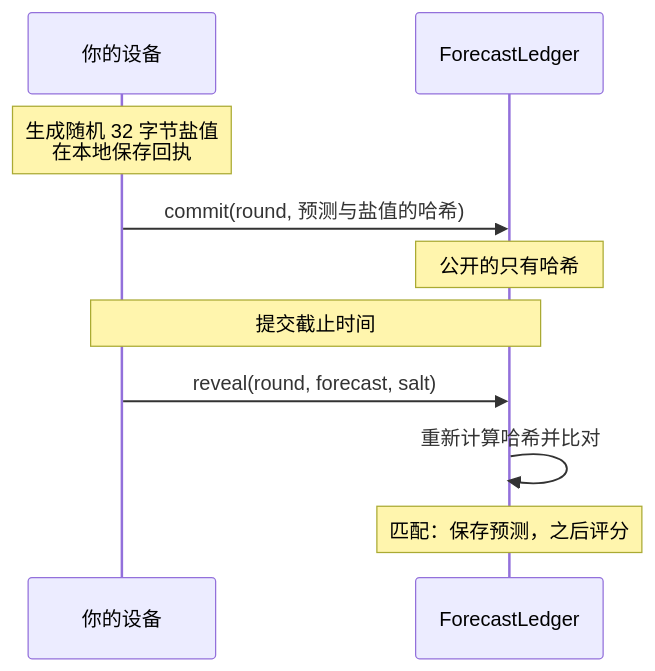
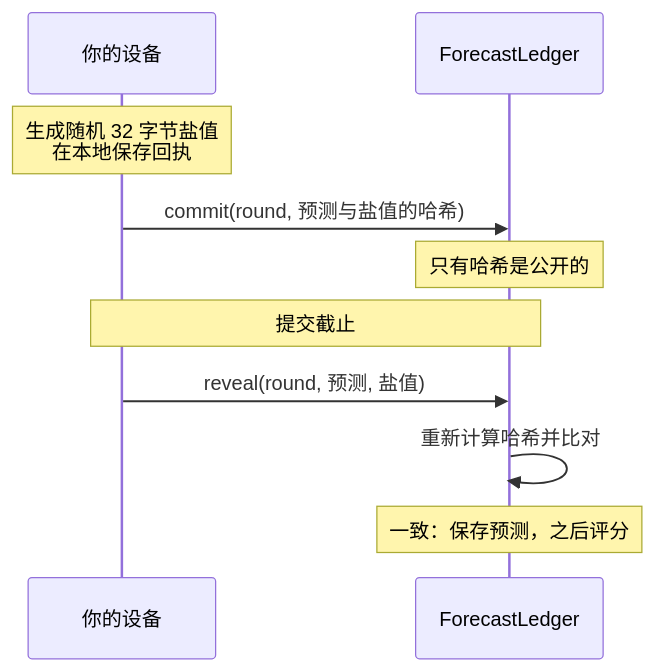
The diagram in gitbook/zh/how_it_works/commit_and_reveal.md (owaisahmad870/forewit), drawn with Mermaid before and after one commit. The commit also changed other lines of this file and 52 other files, not shown here.

````diff
--- a/gitbook/zh/how_it_works/commit_and_reveal.md
+++ b/gitbook/zh/how_it_works/commit_and_reveal.md
@@ -19,12 +15,12 @@
 ```mermaid
 sequenceDiagram
     participant D as 你的设备
     participant L as ForecastLedger
     Note over D: 生成随机 32 字节盐值<br/>在本地保存回执
     D->>L: commit(round, 预测与盐值的哈希)
-    Note over L: 公开的只有哈希
-    Note over D,L: 提交截止时间
-    D->>L: reveal(round, forecast, salt)
+    Note over L: 只有哈希是公开的
+    Note over D,L: 提交截止
+    D->>L: reveal(round, 预测, 盐值)
     L->>L: 重新计算哈希并比对
-    Note over L: 匹配：保存预测，之后评分
+    Note over L: 一致：保存预测，之后评分
 ```
````
